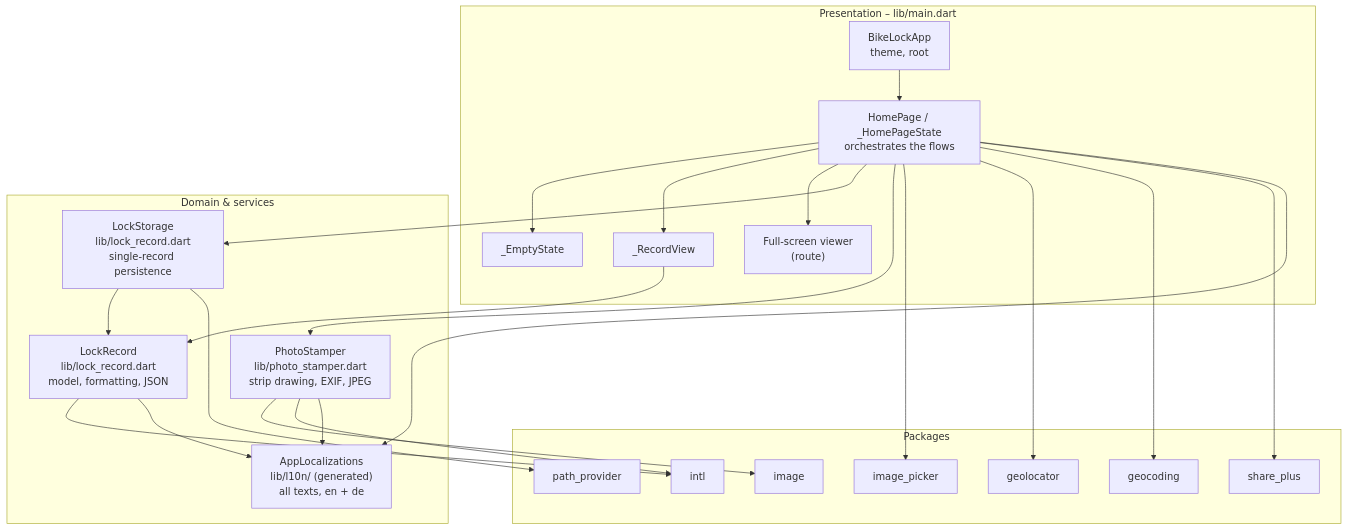
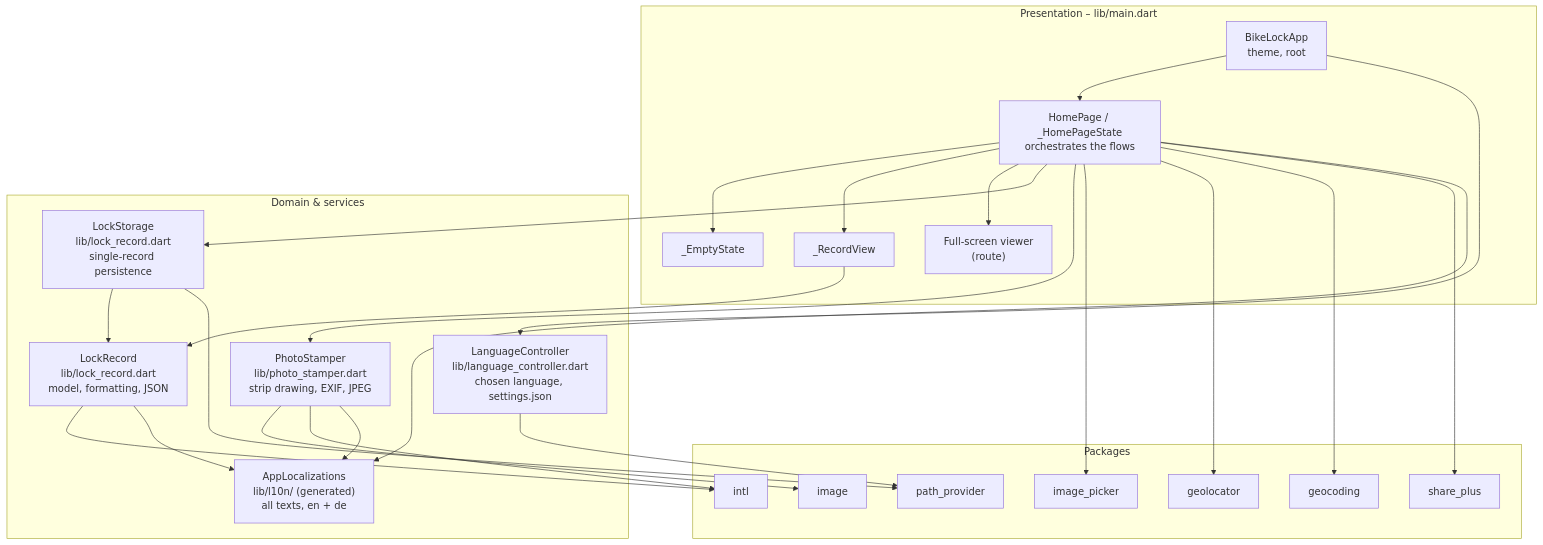
Before and after one commit to Nomovil/bike_lock_doc: the third of 6 diagrams in docs/spec/07-system-architecture.md, drawn with Mermaid. The commit also changed 20 other files, not shown here.

First line of the commit message:
Add in-app language selection and customisation guide

````diff
--- a/docs/spec/07-system-architecture.md
+++ b/docs/spec/07-system-architecture.md
@@ -53,47 +53,50 @@
 ```mermaid
 flowchart TB
     subgraph Presentation["Presentation – lib/main.dart"]
         App["BikeLockApp<br/>theme, root"]
         Home["HomePage / _HomePageState<br/>orchestrates the flows"]
         Empty["_EmptyState"]
         View["_RecordView"]
         Full["Full-screen viewer<br/>(route)"]
     end
 
     subgraph Domain["Domain & services"]
         Record["LockRecord<br/>lib/lock_record.dart<br/>model, formatting, JSON"]
         Storage["LockStorage<br/>lib/lock_record.dart<br/>single-record persistence"]
         Stamper["PhotoStamper<br/>lib/photo_stamper.dart<br/>strip drawing, EXIF, JPEG"]
         L10n["AppLocalizations<br/>lib/l10n/ (generated)<br/>all texts, en + de"]
+        Lang["LanguageController<br/>lib/language_controller.dart<br/>chosen language, settings.json"]
     end
 
     subgraph Packages["Packages"]
         IP["image_picker"]
         GL["geolocator"]
         GC["geocoding"]
         PP["path_provider"]
         SP["share_plus"]
         IMG["image"]
         INTL["intl"]
     end
 
     App --> Home
     Home --> Empty
     Home --> View
     Home --> Full
     Home --> Storage
     Home --> Stamper
     Home --> IP
     Home --> GL
     Home --> GC
     Home --> SP
     View --> Record
     Storage --> Record
     Storage --> PP
     Stamper --> IMG
     Stamper --> INTL
     Record --> INTL
     Home --> L10n
+    App --> Lang
+    Lang --> PP
     Record --> L10n
     Stamper --> L10n
 ```
````
